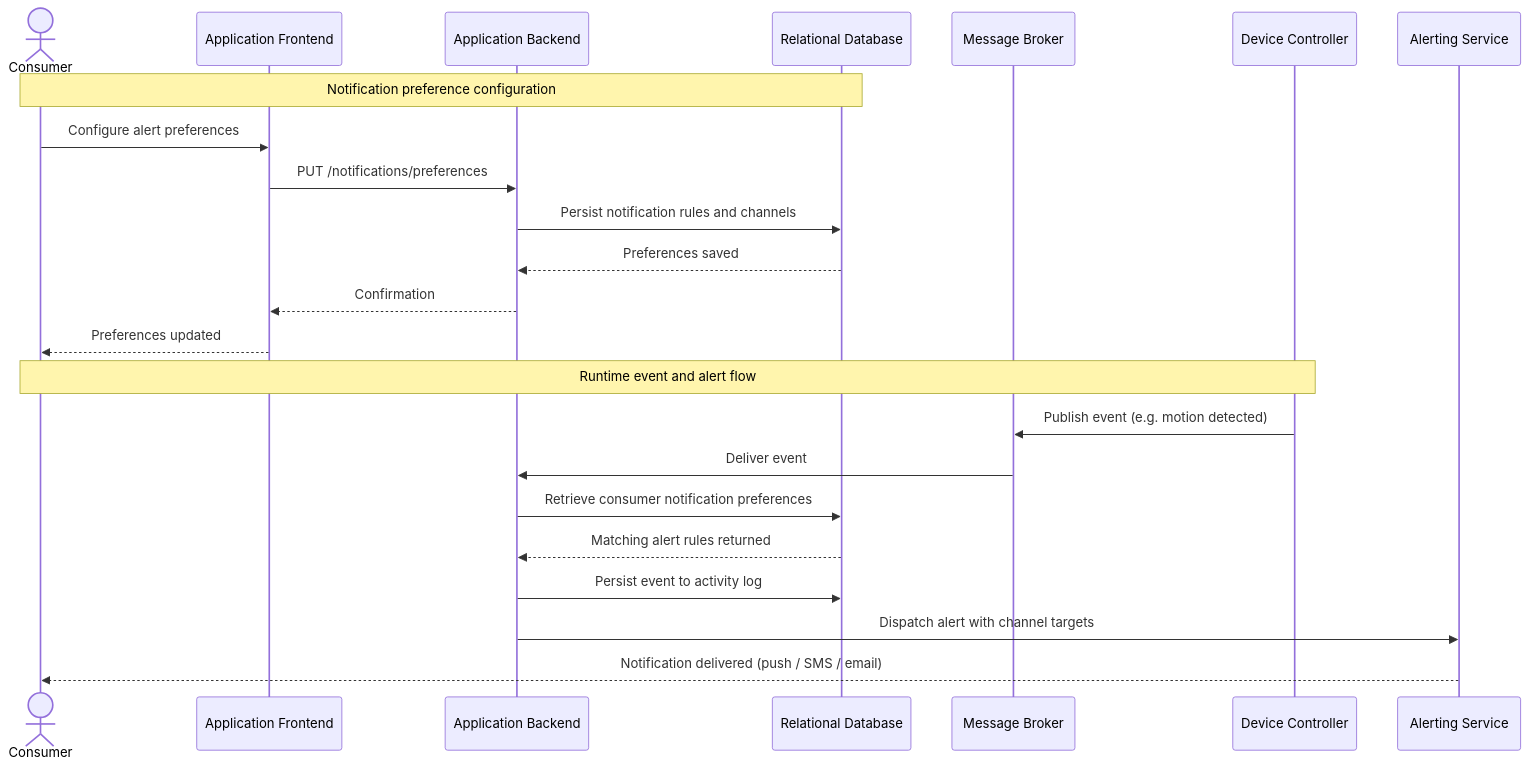
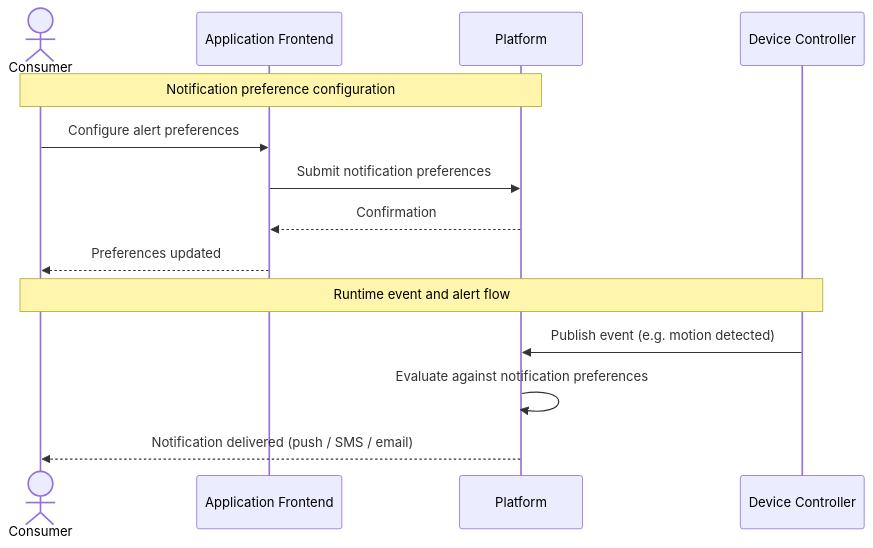
The fifth of 8 diagrams in docs/report/sections/03_use_cases/use_cases.md (GarrettGruss/CS7346-401-report), drawn with Mermaid before and after one commit. The commit also changed other lines of this file and 10 other files, not shown here.

Commit message:
fix(03_use_cases): Simplifying use cases and re rendering diagrams with higher resoltuion fix(01_introduction): reducing content fix(05_quality attributes): adding requirements fix(08_cloud services): simplifying cloud components to bullet point list

````diff
--- a/docs/report/sections/03_use_cases/use_cases.md
+++ b/docs/report/sections/03_use_cases/use_cases.md
@@ -179,27 +142,18 @@
 ```mermaid
 sequenceDiagram
     actor Consumer
     participant Frontend as Application Frontend
-    participant Backend as Application Backend
-    participant DB as Relational Database
-    participant Broker as Message Broker
+    participant Platform as Platform
     participant Controller as Device Controller
-    participant Alerting as Alerting Service
 
-    note over Consumer, DB: Notification preference configuration
+    note over Consumer, Platform: Notification preference configuration
     Consumer->>Frontend: Configure alert preferences
-    Frontend->>Backend: PUT /notifications/preferences
-    Backend->>DB: Persist notification rules and channels
-    DB-->>Backend: Preferences saved
-    Backend-->>Frontend: Confirmation
+    Frontend->>Platform: Submit notification preferences
+    Platform-->>Frontend: Confirmation
     Frontend-->>Consumer: Preferences updated
 
     note over Controller, Consumer: Runtime event and alert flow
-    Controller->>Broker: Publish event (e.g. motion detected)
-    Broker->>Backend: Deliver event
-    Backend->>DB: Retrieve consumer notification preferences
-    DB-->>Backend: Matching alert rules returned
-    Backend->>DB: Persist event to activity log
-    Backend->>Alerting: Dispatch alert with channel targets
-    Alerting-->>Consumer: Notification delivered (push / SMS / email)
+    Controller->>Platform: Publish event (e.g. motion detected)
+    Platform->>Platform: Evaluate against notification preferences
+    Platform-->>Consumer: Notification delivered (push / SMS / email)
 ```
````
